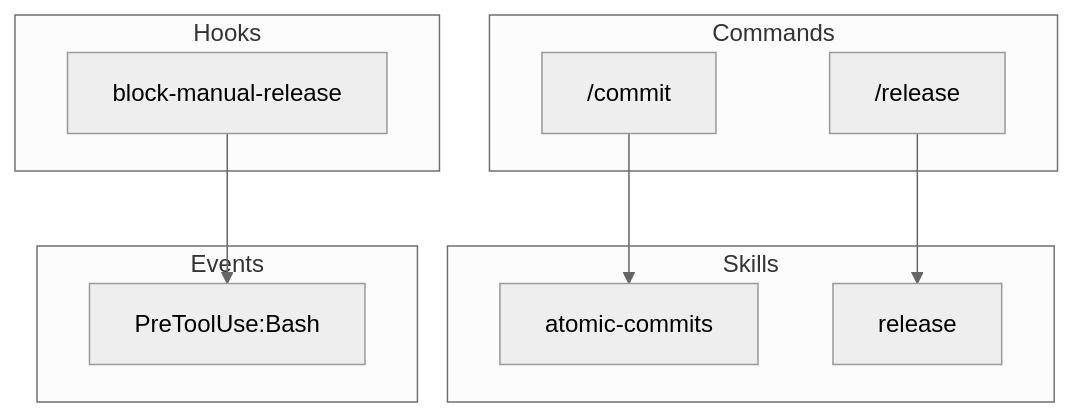
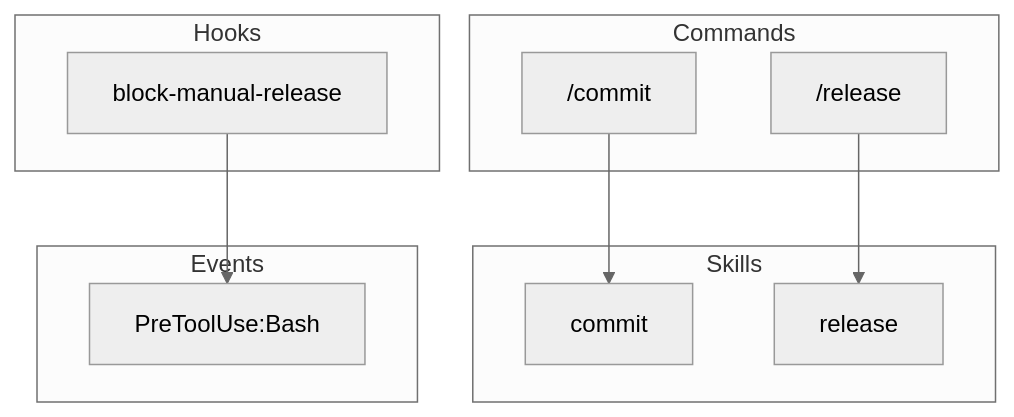
One commit to blueraai/bluera-base changed the diagram in skills/claude-code-graph/SKILL.md. Above: the diagram before and after it, drawn with Mermaid (neutral theme). The commit also changed other lines of this file and 104 other files, not shown here.

````diff
--- a/skills/claude-code-graph/SKILL.md
+++ b/skills/claude-code-graph/SKILL.md
@@ -170,24 +171,24 @@
 ```mermaid
 graph TD
     subgraph Commands
         cmd_commit["/commit"]
         cmd_release["/release"]
     end
 
     subgraph Skills
-        skill_atomic["atomic-commits"]
+        skill_atomic["commit"]
         skill_release["release"]
     end
 
     subgraph Hooks
         hook_block["block-manual-release"]
     end
 
     subgraph Events
         event_pre["PreToolUse:Bash"]
     end
 
     cmd_commit --> skill_atomic
     cmd_release --> skill_release
     hook_block --> event_pre
 ```
````
